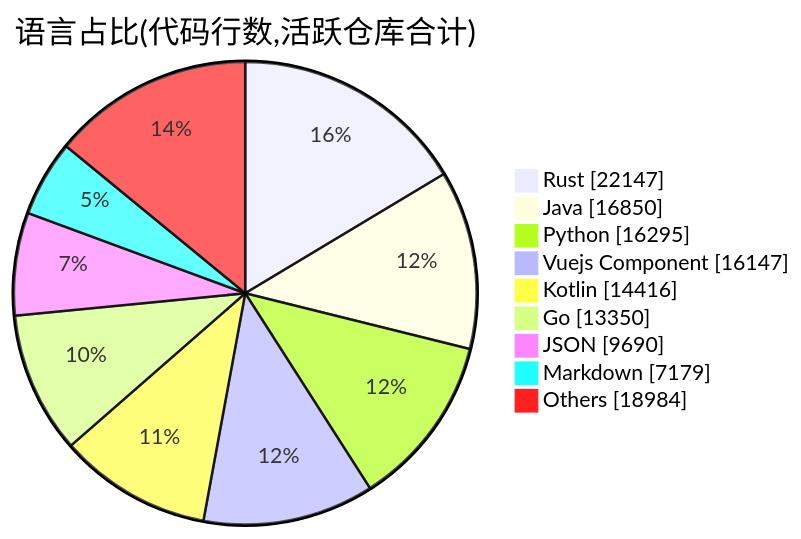
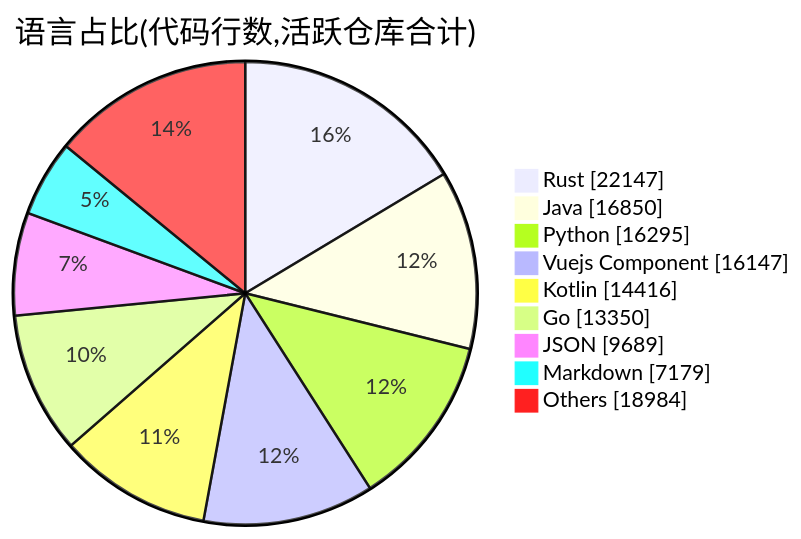
The second of 2 diagrams in profile/README.md (Conflux-Union/.github), drawn with Mermaid before and after one commit. The commit also changed other lines of this file and 1 other file, not shown here.

````diff
--- a/profile/README.md
+++ b/profile/README.md
@@ -78,13 +78,13 @@
 ```mermaid
 pie showData
     title 语言占比(代码行数,活跃仓库合计)
     "Rust" : 22147
     "Java" : 16850
     "Python" : 16295
     "Vuejs Component" : 16147
     "Kotlin" : 14416
     "Go" : 13350
-    "JSON" : 9690
+    "JSON" : 9689
     "Markdown" : 7179
     "Others" : 18984
 ```
````
